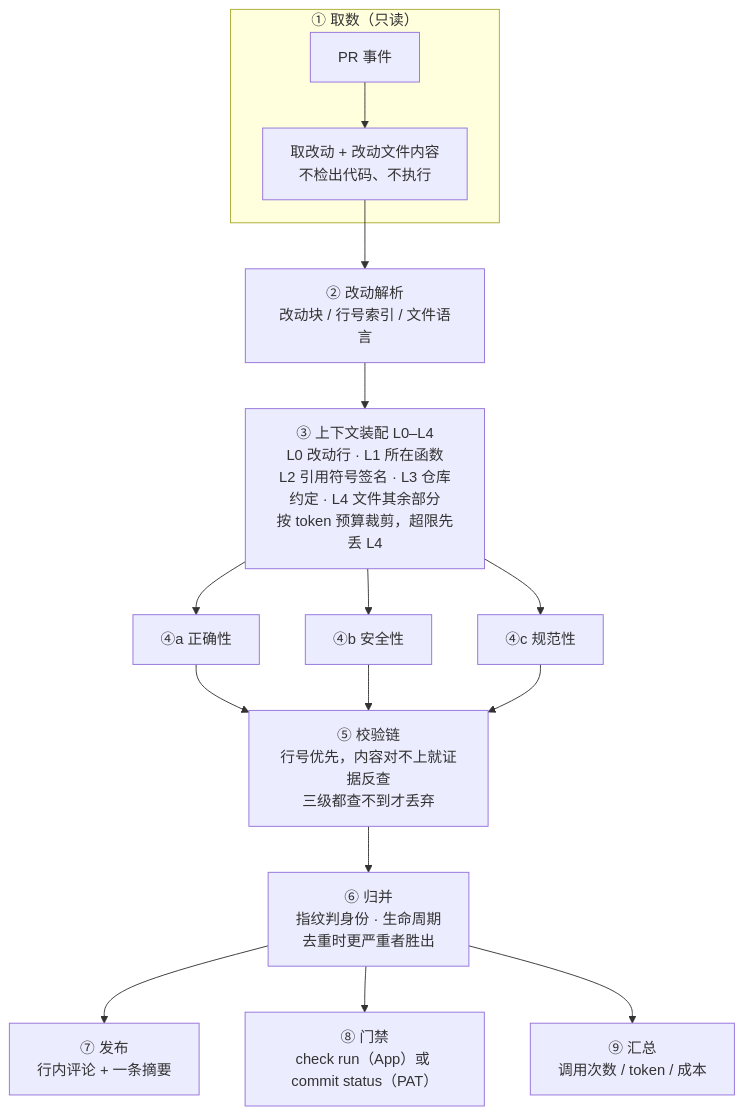
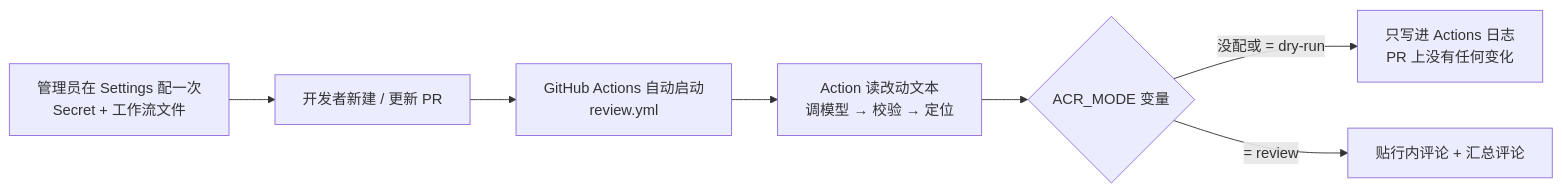
One commit to 1Egbert1/code-review changed the diagram in README.md. Above: the diagram before and after it, drawn with Mermaid. The commit also changed other lines of this file and 9 other files, not shown here.

````diff
--- a/README.md
+++ b/README.md
@@ -20,22 +24,9 @@
 ```mermaid
-flowchart TB
-    subgraph IN["① 取数（只读）"]
-        A[PR 事件] --> B[取改动 + 改动文件内容<br/>不检出代码、不执行]
-    end
-
-    B --> C["② 改动解析<br/>改动块 / 行号索引 / 文件语言"]
-    C --> D["③ 上下文装配 L0–L4<br/>L0 改动行 · L1 所在函数<br/>L2 引用符号签名 · L3 仓库约定 · L4 文件其余部分<br/>按 token 预算裁剪，超限先丢 L4"]
-
-    D --> R1["④a 正确性"]
-    D --> R2["④b 安全性"]
-    D --> R3["④c 规范性"]
-
-    R1 --> V["⑤ 校验链<br/>行号优先，内容对不上就证据反查<br/>三级都查不到才丢弃"]
-    R2 --> V
-    R3 --> V
-
-    V --> M["⑥ 归并<br/>指纹判身份 · 生命周期<br/>去重时更严重者胜出"]
-    M --> P["⑦ 发布<br/>行内评论 + 一条摘要"]
-    M --> G["⑧ 门禁<br/>check run（App）或 commit status（PAT）"]
-    M --> S["⑨ 汇总<br/>调用次数 / token / 成本"]
+flowchart LR
+  A["管理员在 Settings 配一次<br/>Secret + 工作流文件"] --> B["开发者新建 / 更新 PR"]
+  B --> C["GitHub Actions 自动启动<br/>review.yml"]
+  C --> D["Action 读改动文本<br/>调模型 → 校验 → 定位"]
+  D --> E{"ACR_MODE 变量"}
+  E -->|"没配或 = dry-run"| F["只写进 Actions 日志<br/>PR 上没有任何变化"]
+  E -->|"= review"| G["贴行内评论 + 汇总评论"]
 ```
````
